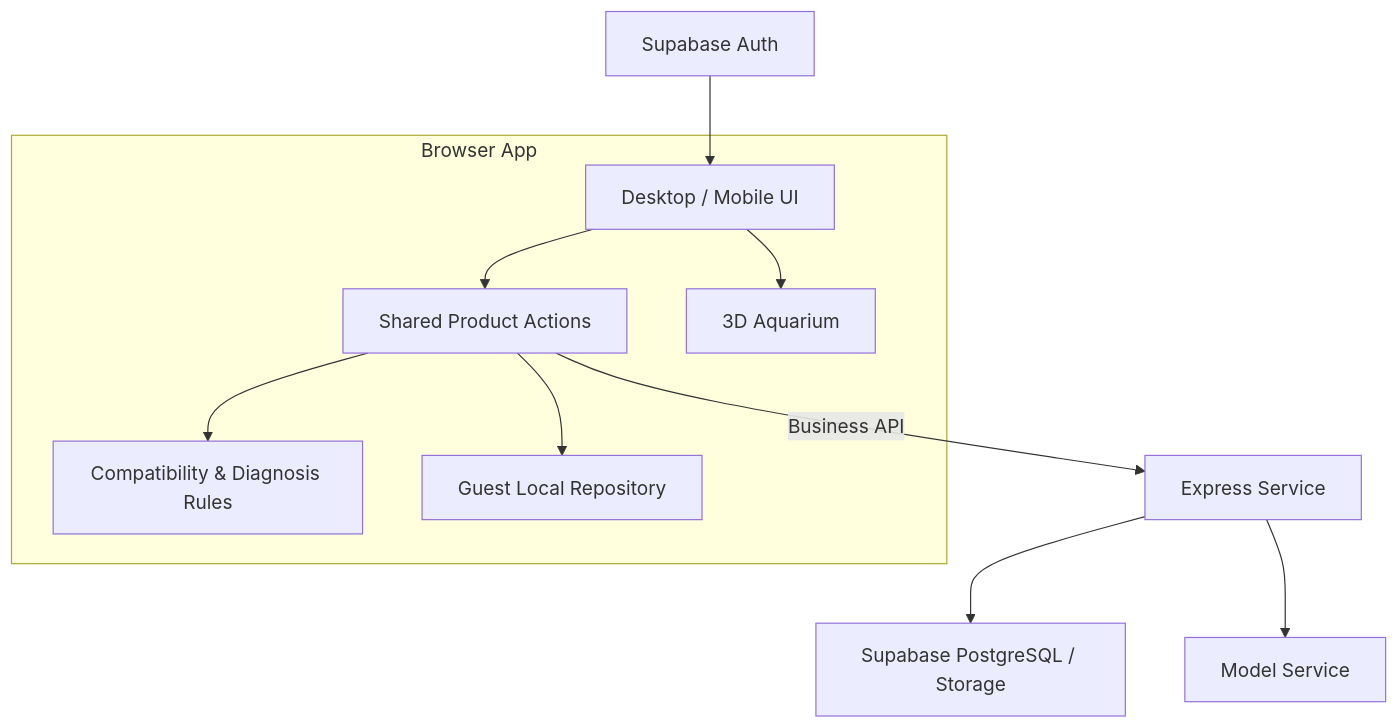
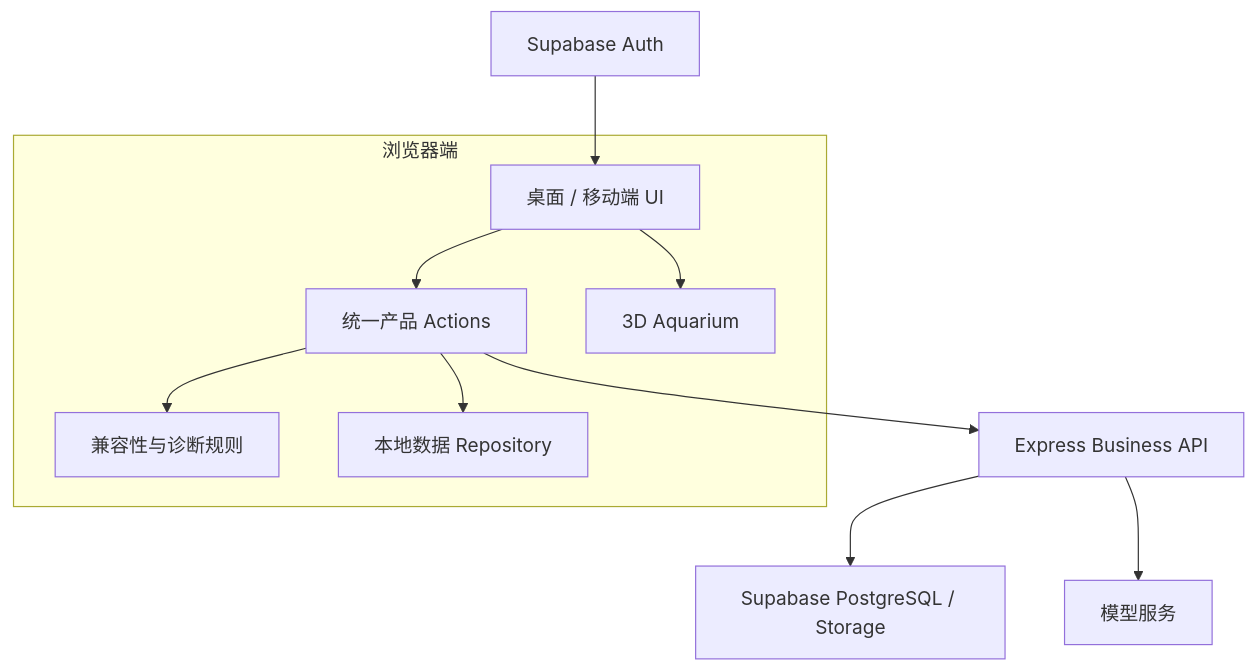
Before and after one commit to chusday97/aquaguide-tank-guide: the second of 3 diagrams in README.md, drawn with Mermaid. The commit also changed other lines of this file, not shown here.

````diff
--- a/README.md
+++ b/README.md
@@ -71,19 +96,18 @@
 ```mermaid
 flowchart TB
-  subgraph Client[Browser App]
-    UI[Desktop / Mobile UI]
-    Actions[Shared Product Actions]
-    Rules[Compatibility & Diagnosis Rules]
-    Local[Guest Local Repository]
+  subgraph Client[浏览器端]
+    UI[桌面 / 移动端 UI]
+    Actions[统一产品 Actions]
+    Rules[兼容性与诊断规则]
+    Local[本地数据 Repository]
     Three[3D Aquarium]
     UI --> Actions
     Actions --> Rules
     Actions --> Local
     UI --> Three
   end
-
-  Actions -->|Business API| API[Express Service]
+  Actions --> API[Express Business API]
   API --> DB[Supabase PostgreSQL / Storage]
-  API --> AI[Model Service]
+  API --> AI[模型服务]
   Auth[Supabase Auth] --> UI
 ```
````
